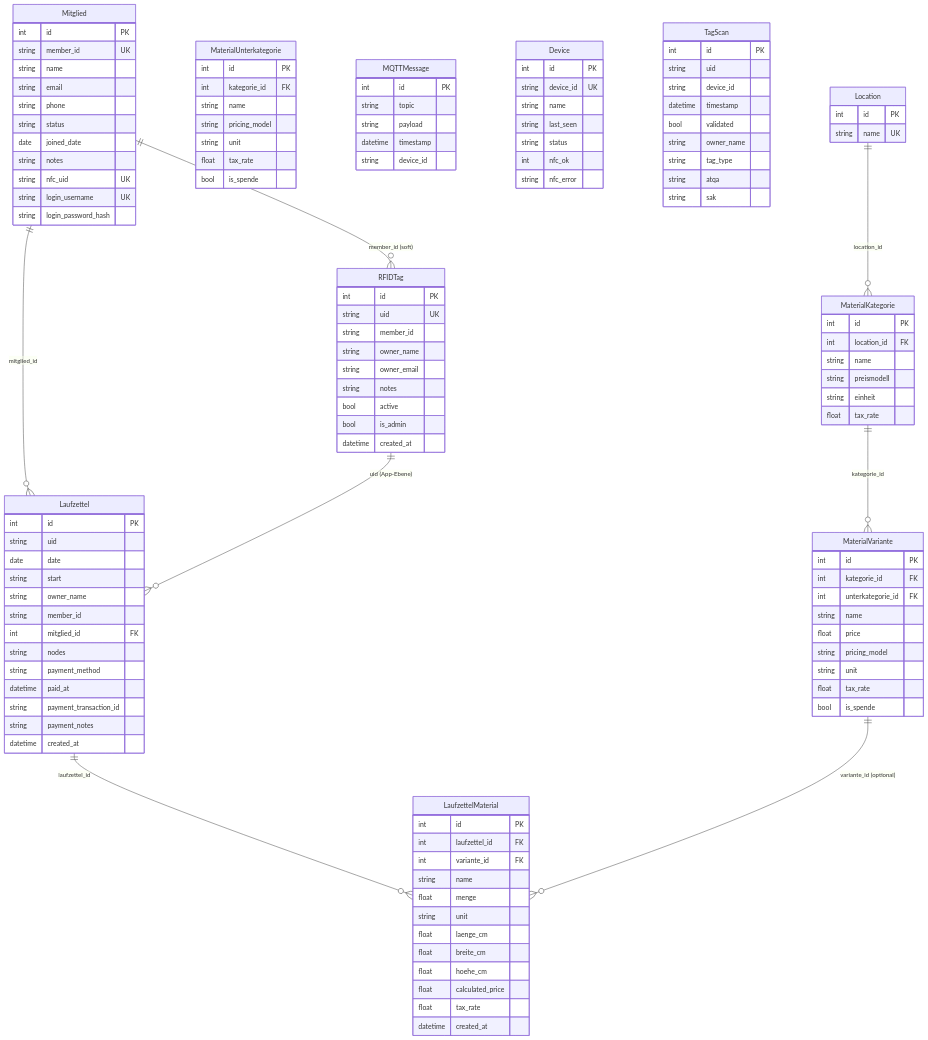
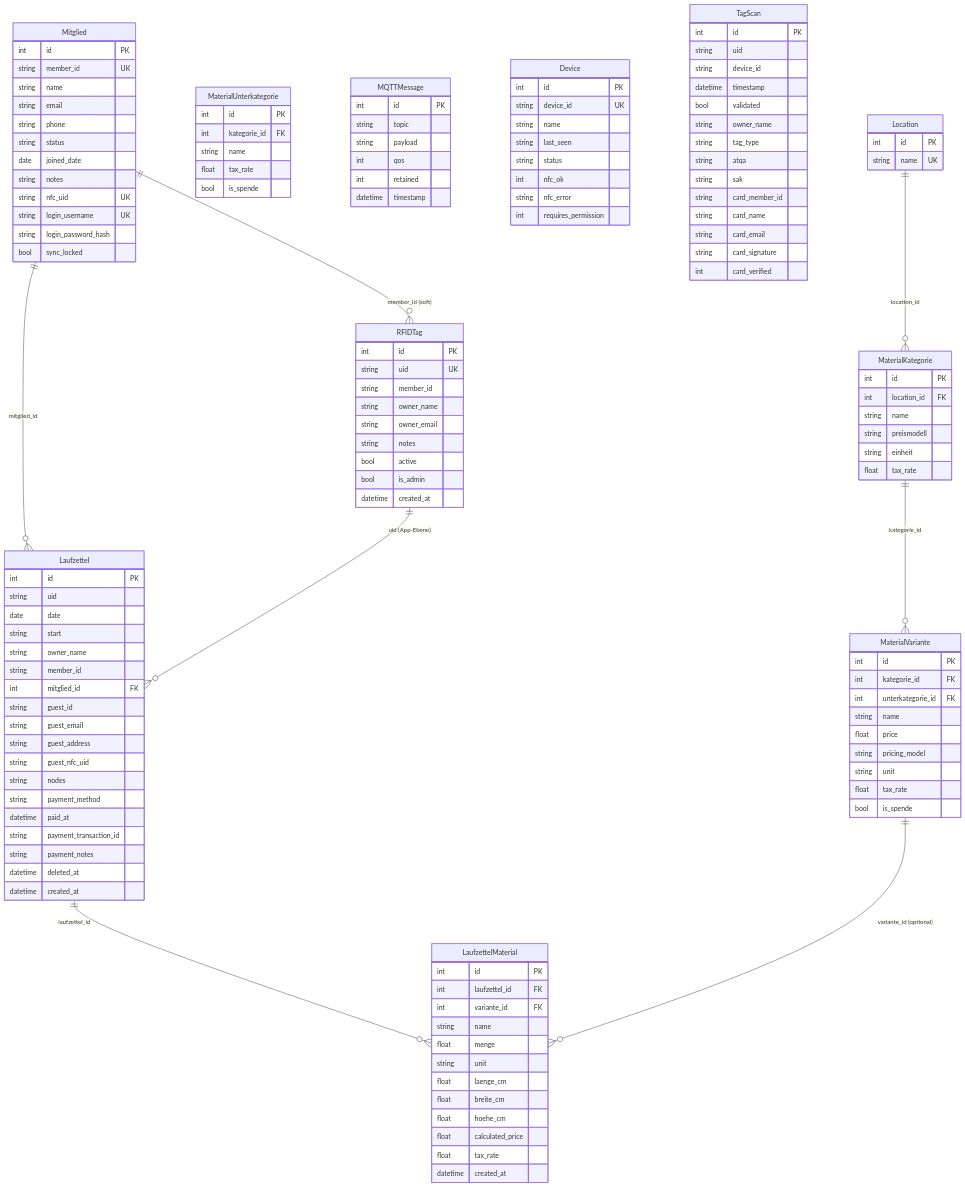
Before and after one commit to AlexErlewein/MakerPi_GroundControl: the first of 2 diagrams in docs/07-database-model.de.md, drawn with Mermaid. The commit also changed other lines of this file and 30 other files, not shown here.

```diff
--- a/docs/07-database-model.de.md
+++ b/docs/07-database-model.de.md
@@ -57,11 +62,16 @@
         string owner_name
         string member_id
         int mitglied_id FK
+        string guest_id
+        string guest_email
+        string guest_address
+        string guest_nfc_uid
         string nodes
         string payment_method
         datetime paid_at
         string payment_transaction_id
         string payment_notes
+        datetime deleted_at
         datetime created_at
     }
     LaufzettelMaterial {
@@ -94,8 +104,6 @@
         int id PK
         int kategorie_id FK
         string name
-        string pricing_model
-        string unit
         float tax_rate
         bool is_spende
     }
@@ -114,8 +122,9 @@
         int id PK
         string topic
         string payload
+        int qos
+        int retained
         datetime timestamp
-        string device_id
     }
     Device {
         int id PK
@@ -125,6 +134,7 @@
         string status
         int nfc_ok
         string nfc_error
+        int requires_permission
     }
     TagScan {
         int id PK
@@ -136,6 +146,11 @@
         string tag_type
         string atqa
         string sak
+        string card_member_id
+        string card_name
+        string card_email
+        string card_signature
+        int card_verified
     }
     Mitglied {
         int id PK
@@ -149,6 +164,7 @@
         string nfc_uid UK
         string login_username UK
         string login_password_hash
+        bool sync_locked
     }
 
     Mitglied ||--o{ RFIDTag : "member_id (soft)"
```
